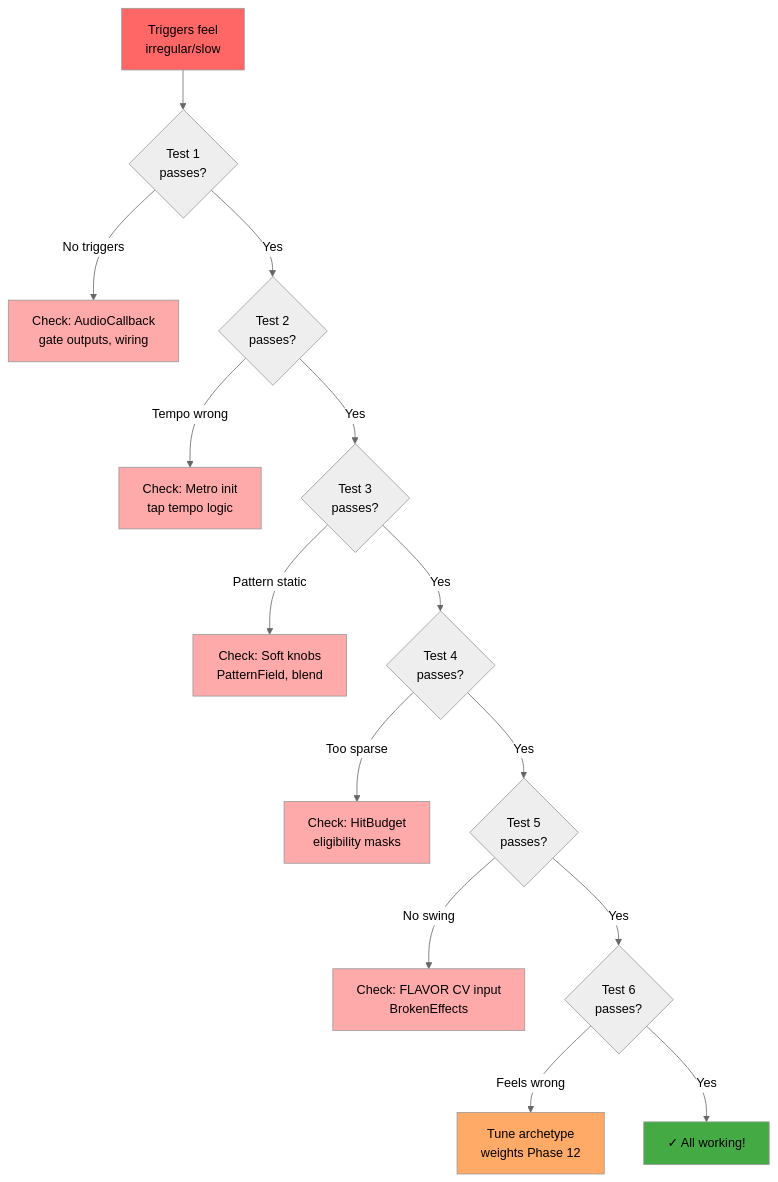
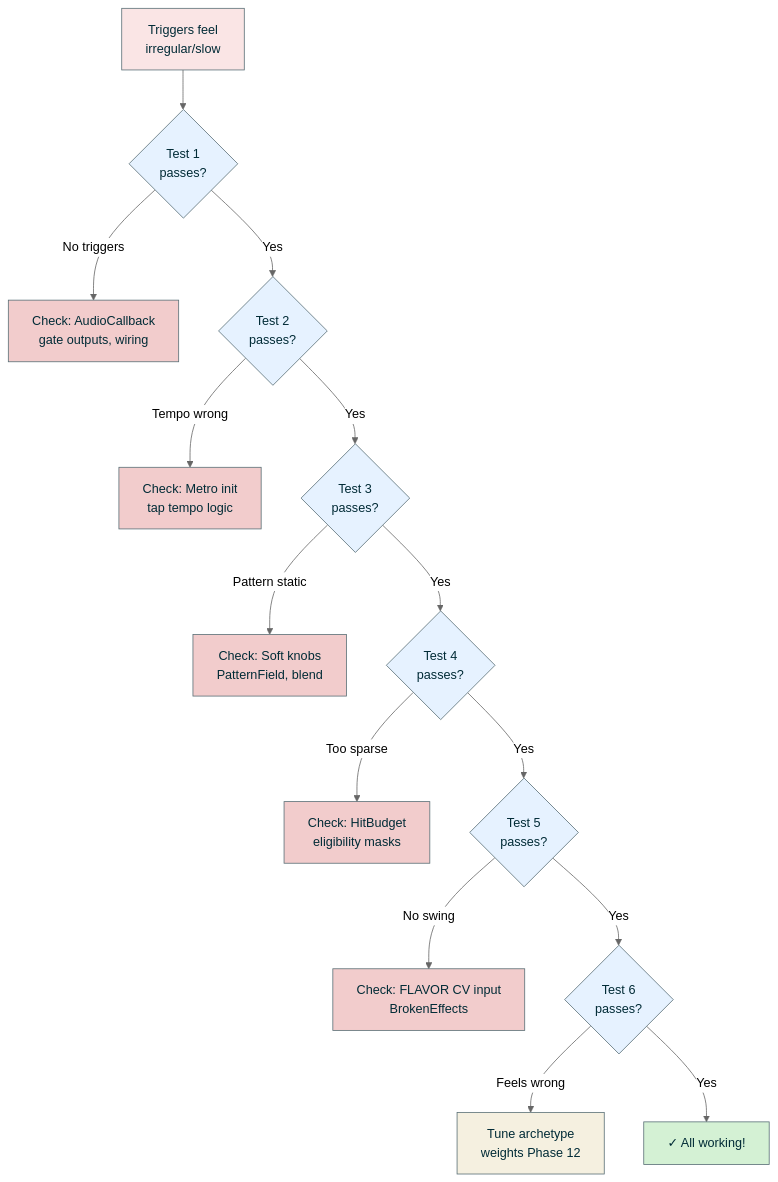
Before and after one commit to chronick/duopulse: the fourth of 4 diagrams in docs/tasks/active/16-v4-hardware-validation.md, drawn with Mermaid (neutral theme). The commit also changed other lines of this file and 5 other files, not shown here.

````diff
--- a/docs/tasks/active/16-v4-hardware-validation.md
+++ b/docs/tasks/active/16-v4-hardware-validation.md
@@ -701,31 +719,34 @@
 ```mermaid
 flowchart TD
     START[Triggers feel<br/>irregular/slow] --> T1{Test 1<br/>passes?}
     
     T1 -->|No triggers| FIX1[Check: AudioCallback<br/>gate outputs, wiring]
     T1 -->|Yes| T2{Test 2<br/>passes?}
     
     T2 -->|Tempo wrong| FIX2[Check: Metro init<br/>tap tempo logic]
     T2 -->|Yes| T3{Test 3<br/>passes?}
     
     T3 -->|Pattern static| FIX3[Check: Soft knobs<br/>PatternField, blend]
     T3 -->|Yes| T4{Test 4<br/>passes?}
     
     T4 -->|Too sparse| FIX4[Check: HitBudget<br/>eligibility masks]
     T4 -->|Yes| T5{Test 5<br/>passes?}
     
     T5 -->|No swing| FIX5[Check: FLAVOR CV input<br/>BrokenEffects]
     T5 -->|Yes| T6{Test 6<br/>passes?}
     
     T6 -->|Feels wrong| FIX6[Tune archetype<br/>weights Phase 12]
     T6 -->|Yes| DONE[✓ All working!]
+
+    classDef problemStyle fill:#fae5e5,stroke:#586e75,color:#002b36
+    classDef defaultStyle fill:#e6f2ff,stroke:#586e75,color:#002b36
+    classDef errorStyle fill:#f2cccc,stroke:#586e75,color:#002b36
+    classDef warningStyle fill:#f5f0e0,stroke:#586e75,color:#002b36
+    classDef successStyle fill:#d4f1d4,stroke:#586e75,color:#002b36
     
-    style START fill:#f66
-    style DONE fill:#4a4
-    style FIX1 fill:#faa
-    style FIX2 fill:#faa
-    style FIX3 fill:#faa
-    style FIX4 fill:#faa
-    style FIX5 fill:#faa
-    style FIX6 fill:#fa6
+    class START problemStyle
+    class T1,T2,T3,T4,T5,T6 defaultStyle
+    class FIX1,FIX2,FIX3,FIX4,FIX5 errorStyle
+    class FIX6 warningStyle
+    class DONE successStyle
 ```
````
